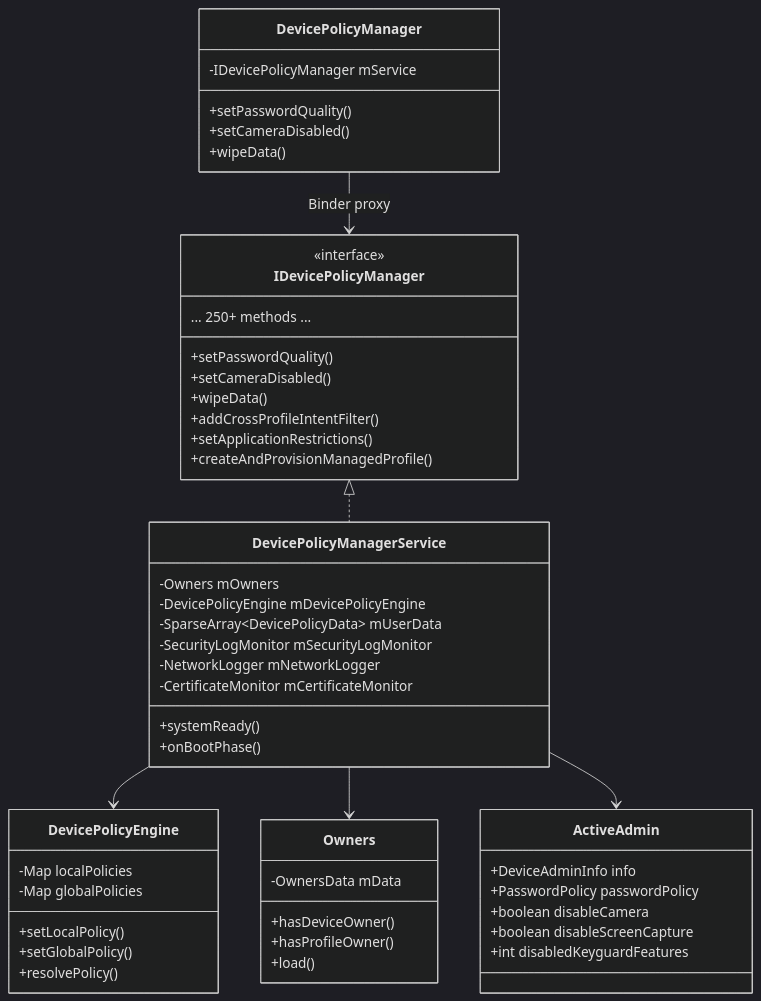
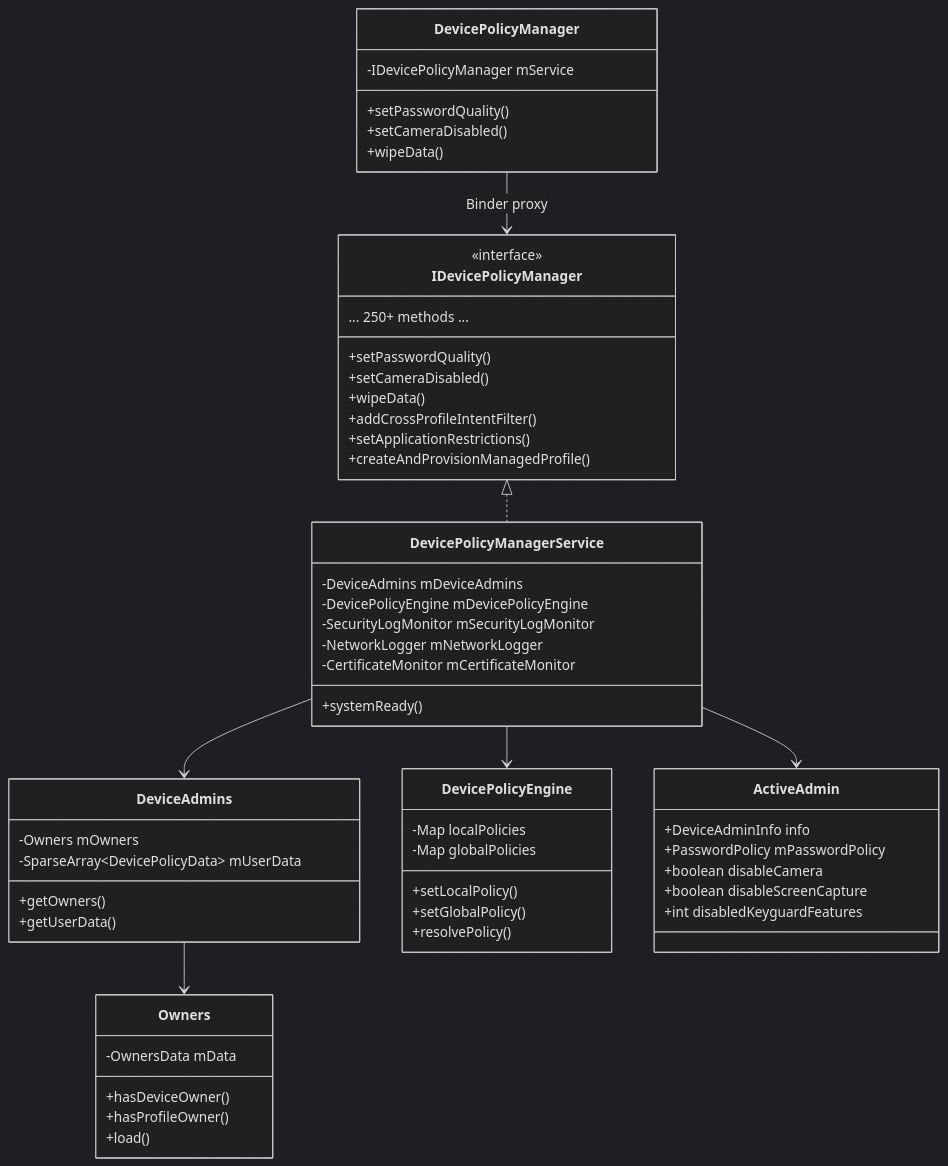
The third of 30 diagrams in agents/claude/skills/aosp-device-support/61-device-policy.md (aospbooks/aosp-internal-book), drawn with Mermaid (dark theme) before and after one commit. The commit also changed other lines of this file and 218 other files, not shown here.

````diff
--- a/agents/claude/skills/aosp-device-support/61-device-policy.md
+++ b/agents/claude/skills/aosp-device-support/61-device-policy.md
@@ -294,60 +295,66 @@
 ```mermaid
 classDiagram
     class IDevicePolicyManager {
         <<interface>>
         +setPasswordQuality()
         +setCameraDisabled()
         +wipeData()
         +addCrossProfileIntentFilter()
         +setApplicationRestrictions()
         +createAndProvisionManagedProfile()
         ... 250+ methods ...
     }
 
     class DevicePolicyManagerService {
-        -Owners mOwners
+        -DeviceAdmins mDeviceAdmins
         -DevicePolicyEngine mDevicePolicyEngine
-        -SparseArray~DevicePolicyData~ mUserData
         -SecurityLogMonitor mSecurityLogMonitor
         -NetworkLogger mNetworkLogger
         -CertificateMonitor mCertificateMonitor
         +systemReady()
-        +onBootPhase()
+    }
+
+    class DeviceAdmins {
+        -Owners mOwners
+        -SparseArray~DevicePolicyData~ mUserData
+        +getOwners()
+        +getUserData()
     }
 
     class DevicePolicyManager {
         -IDevicePolicyManager mService
         +setPasswordQuality()
         +setCameraDisabled()
         +wipeData()
     }
 
     class DevicePolicyEngine {
         -Map localPolicies
         -Map globalPolicies
         +setLocalPolicy()
         +setGlobalPolicy()
         +resolvePolicy()
     }
 
     class Owners {
         -OwnersData mData
         +hasDeviceOwner()
         +hasProfileOwner()
         +load()
     }
 
     class ActiveAdmin {
         +DeviceAdminInfo info
-        +PasswordPolicy passwordPolicy
+        +PasswordPolicy mPasswordPolicy
         +boolean disableCamera
         +boolean disableScreenCapture
         +int disabledKeyguardFeatures
     }
 
     IDevicePolicyManager <|.. DevicePolicyManagerService
     DevicePolicyManager --> IDevicePolicyManager : Binder proxy
     DevicePolicyManagerService --> DevicePolicyEngine
-    DevicePolicyManagerService --> Owners
+    DevicePolicyManagerService --> DeviceAdmins
+    DeviceAdmins --> Owners
     DevicePolicyManagerService --> ActiveAdmin
 ```
````
